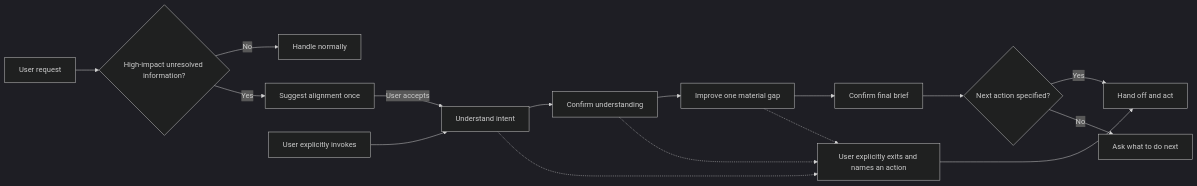
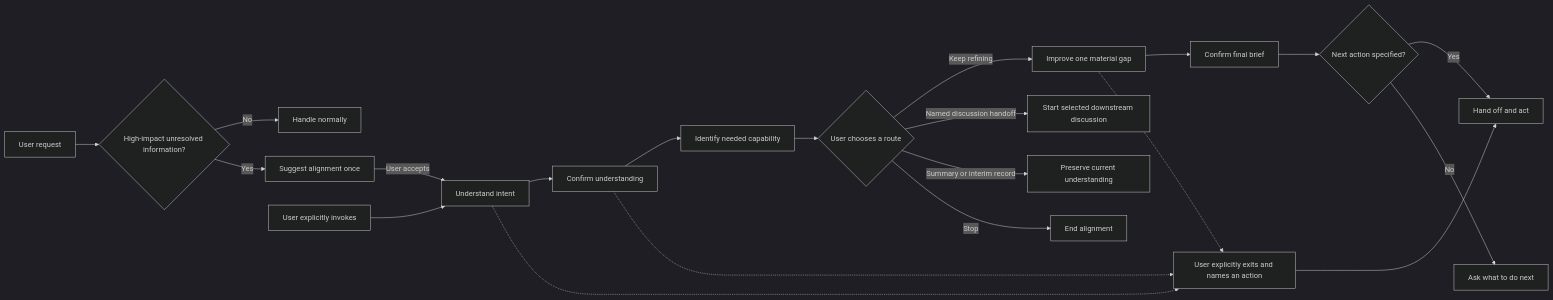
Before and after one commit to Persistloner/align-before-action: the diagram in README.md, drawn with Mermaid (dark theme). The commit also changed other lines of this file and 13 other files, not shown here.

Commit message:
Refine alignment flow and cross-platform guidance

````diff
--- a/README.md
+++ b/README.md
@@ -34,18 +38,23 @@
 ```mermaid
 flowchart LR
     A["User request"] --> B{"High-impact unresolved information?"}
     B -->|"No"| N["Handle normally"]
     B -->|"Yes"| S["Suggest alignment once"]
     S -->|"User accepts"| B2["Understand intent"]
     A2["User explicitly invokes"] --> B2
     B2 --> C["Confirm understanding"]
-    C --> D["Improve one material gap"]
+    C --> P["Identify needed capability"]
+    P --> R{"User chooses a route"}
+    R -->|"Keep refining"| D["Improve one material gap"]
+    R -->|"Named discussion handoff"| W["Start selected downstream discussion"]
+    R -->|"Summary or interim record"| T["Preserve current understanding"]
+    R -->|"Stop"| H["End alignment"]
     D --> E["Confirm final brief"]
     E --> F{"Next action specified?"}
     F -->|"Yes"| G["Hand off and act"]
-    F -->|"No"| H["Ask what to do next"]
+    F -->|"No"| Q["Ask what to do next"]
     X["User explicitly exits and names an action"] --> G
     B2 -.-> X
     C -.-> X
     D -.-> X
 ```
````
